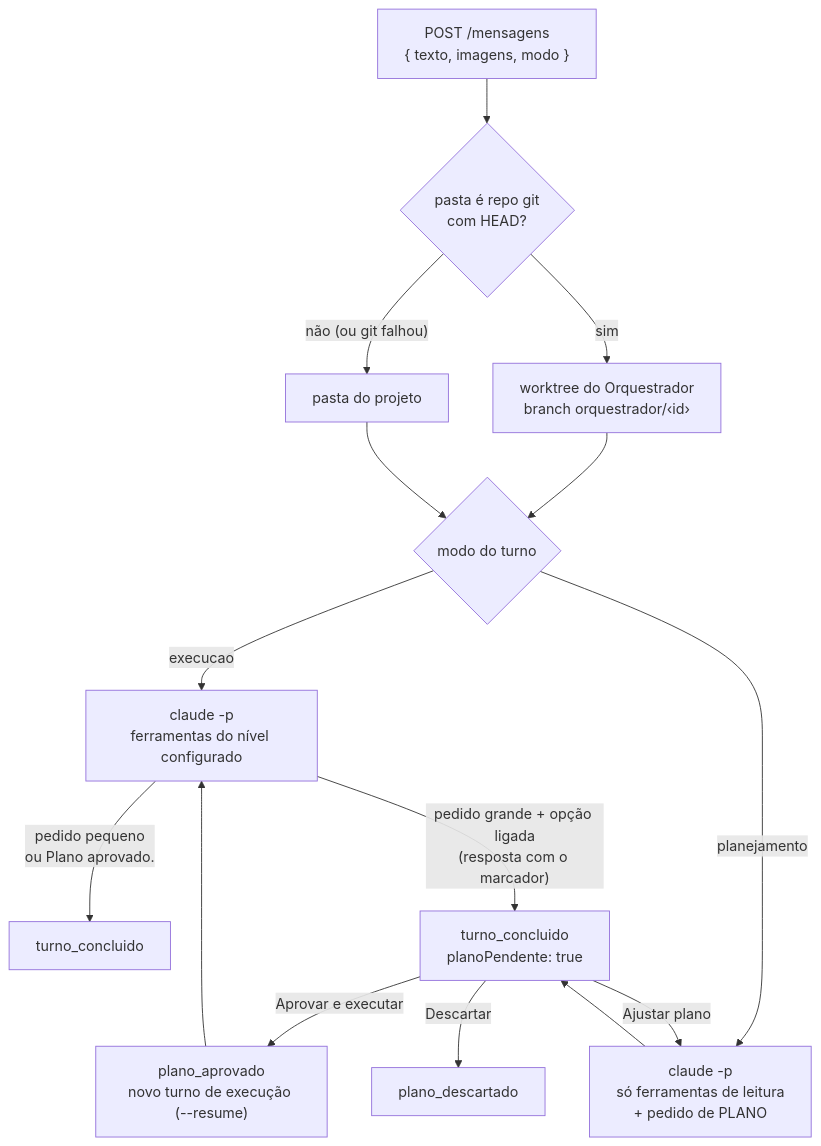
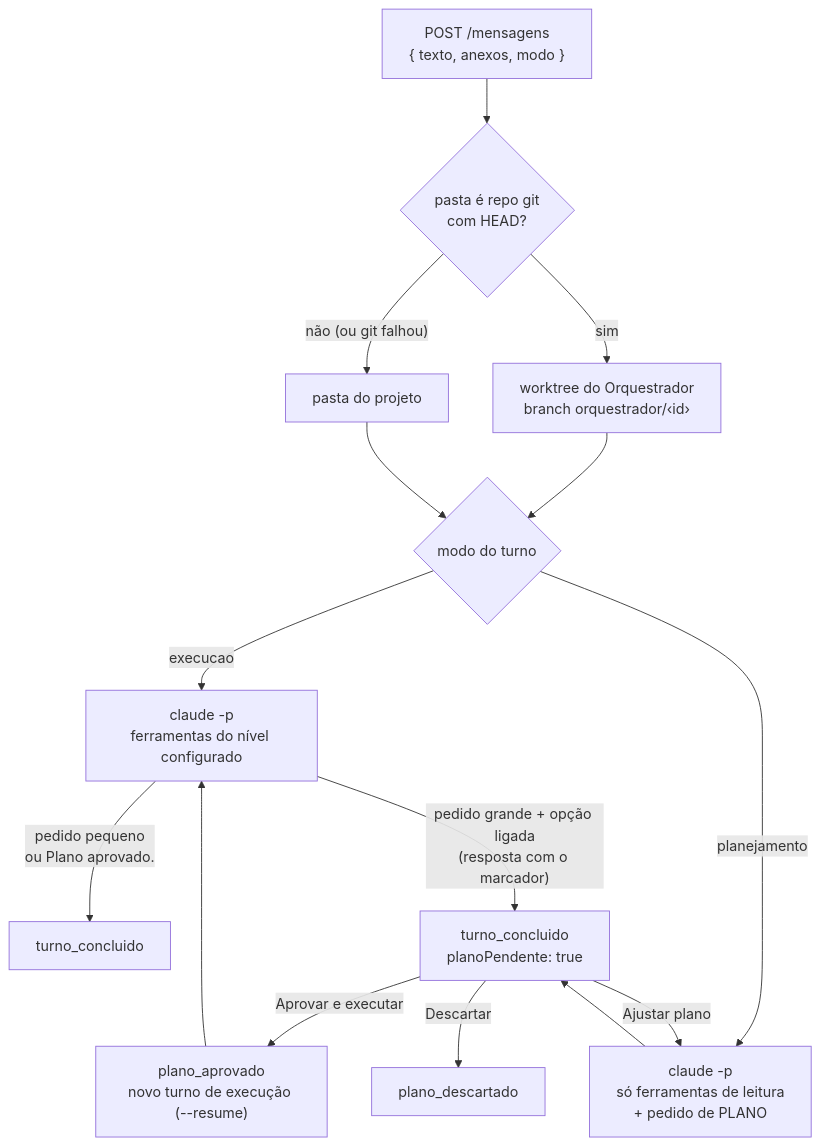
Before and after one commit to Le3Dev/orquestrador-app: the fourth of 4 diagrams in README.md, drawn with Mermaid. The commit also changed other lines of this file and 63 other files, not shown here.

````diff
--- a/README.md
+++ b/README.md
@@ -663,17 +682,17 @@
 ```mermaid
 flowchart TD
-  P["POST /mensagens<br/>{ texto, imagens, modo }"] --> G{"pasta é repo git<br/>com HEAD?"}
+  P["POST /mensagens<br/>{ texto, anexos, modo }"] --> G{"pasta é repo git<br/>com HEAD?"}
   G -- sim --> WT["worktree do Orquestrador<br/>branch orquestrador/‹id›"]
   G -- "não (ou git falhou)" --> PP[pasta do projeto]
   WT --> M{modo do turno}
   PP --> M
   M -- execucao --> E["claude -p<br/>ferramentas do nível configurado"]
   M -- planejamento --> L["claude -p<br/>só ferramentas de leitura<br/>+ pedido de PLANO"]
   E -- "pedido pequeno<br/>ou Plano aprovado." --> C[turno_concluido]
   E -- "pedido grande + opção ligada<br/>(resposta com o marcador)" --> PL
   L --> PL["turno_concluido<br/>planoPendente: true"]
   PL -- "Aprovar e executar" --> AP["plano_aprovado<br/>novo turno de execução (--resume)"]
   AP --> E
   PL -- "Ajustar plano" --> L
   PL -- Descartar --> D[plano_descartado]
 ```
````
